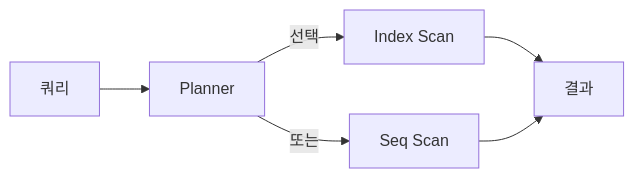
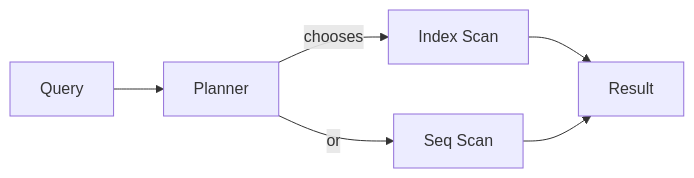
One commit to yeongseon-books/book-content changed the diagram in content/sql-101/ko/09-index-and-query-plan.md. Above: the diagram before and after it, drawn with Mermaid. The commit also changed other lines of this file and 9 other files, not shown here.

````diff
--- a/content/sql-101/ko/09-index-and-query-plan.md
+++ b/content/sql-101/ko/09-index-and-query-plan.md
@@ -35,8 +47,8 @@
 ```mermaid
 flowchart LR
-    Q["쿼리"] --> Planner["Planner"]
-    Planner -->|선택| Idx["Index Scan"]
-    Planner -->|또는| Seq["Seq Scan"]
-    Idx --> Result["결과"]
+    Q["Query"] --> Planner["Planner"]
+    Planner -->|chooses| Idx["Index Scan"]
+    Planner -->|or| Seq["Seq Scan"]
+    Idx --> Result["Result"]
     Seq --> Result
 ```
````
